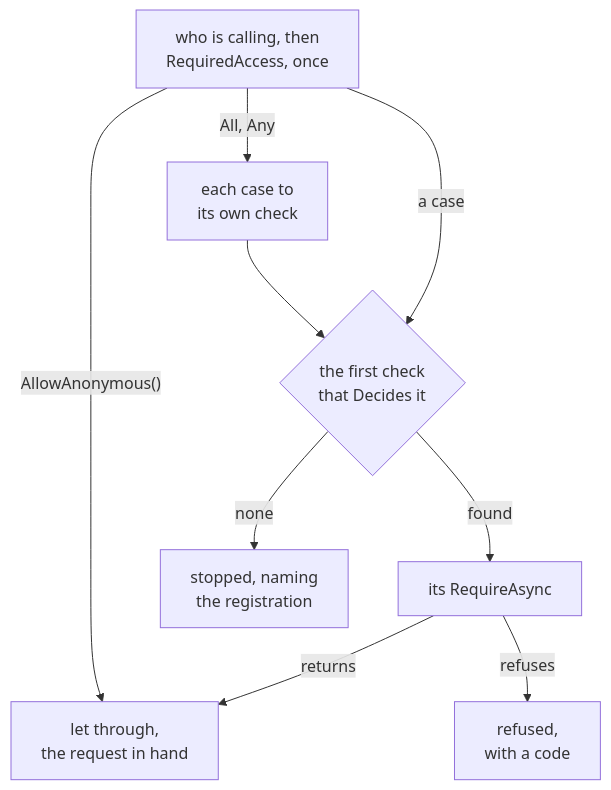
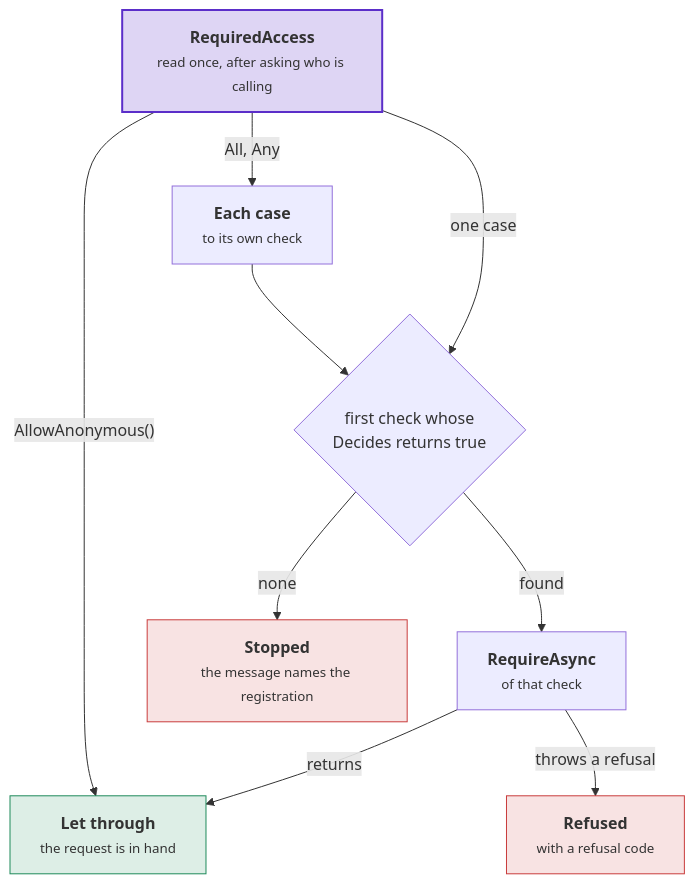
One commit to DylanSnel/DDDToolkit changed the second of 6 diagrams in docs/how-a-request-is-checked.md. Above: the diagram before and after it, drawn with Mermaid. The commit also changed other lines of this file and 41 other files, not shown here.

First line of the commit message:
Docs: plain prose, one word per concept, and readable diagrams on every page

````diff
--- a/docs/how-a-request-is-checked.md
+++ b/docs/how-a-request-is-checked.md
@@ -313,11 +334,17 @@
 ```mermaid
 flowchart TB
-    Read["who is calling, then<br/>RequiredAccess, once"] -- "AllowAnonymous()" --> InHand["let through,<br/>the request in hand"]
-    Read -- "All, Any" --> Cases["each case to<br/>its own check"]
-    Read -- "a case" --> First{"the first check<br/>that Decides it"}
+    Read["<b>RequiredAccess</b><br/><small>read once, after asking who is calling</small>"] -- "AllowAnonymous()" --> InHand["<b>Let through</b><br/><small>the request is in hand</small>"]
+    Read -- "All, Any" --> Cases["<b>Each case</b><br/><small>to its own check</small>"]
+    Read -- "one case" --> First{"first check whose<br/>Decides returns true"}
     Cases --> First
-    First -- "none" --> Stopped["stopped, naming<br/>the registration"]
-    First -- "found" --> Require["its RequireAsync"]
+    First -- "none" --> Stopped["<b>Stopped</b><br/><small>the message names the registration</small>"]
+    First -- "found" --> Require["<b>RequireAsync</b><br/><small>of that check</small>"]
     Require -- "returns" --> InHand
-    Require -- "refuses" --> Refused["refused,<br/>with a code"]
+    Require -- "throws a refusal" --> Refused["<b>Refused</b><br/><small>with a refusal code</small>"]
+    classDef strong fill:#5b2ec933,stroke:#5b2ec9,stroke-width:2px
+    classDef good fill:#1f8a5b26,stroke:#1f8a5b
+    classDef bad fill:#c93c3c24,stroke:#c93c3c
+    class Read strong
+    class InHand good
+    class Stopped,Refused bad
 ```
````
